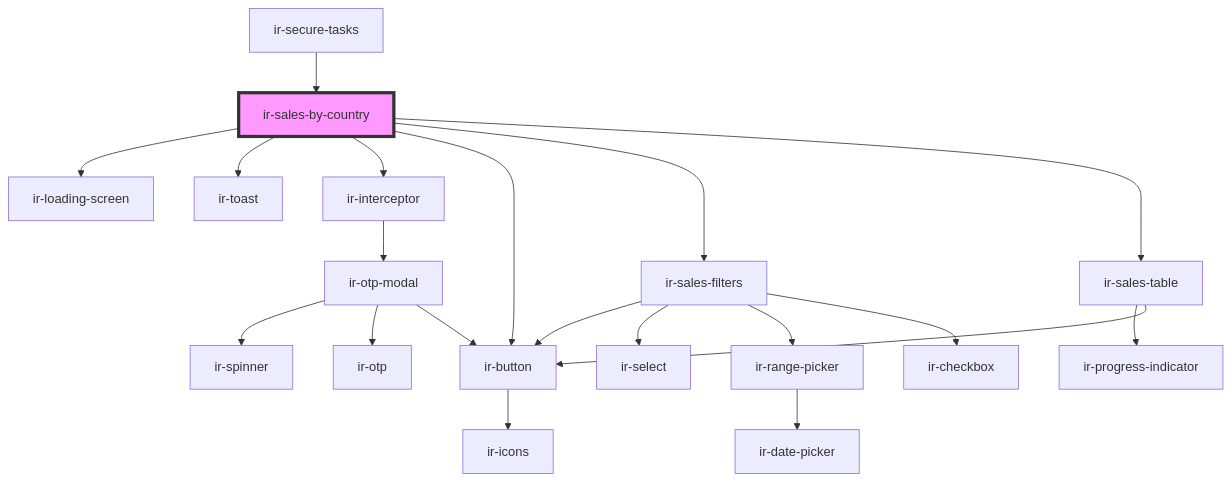
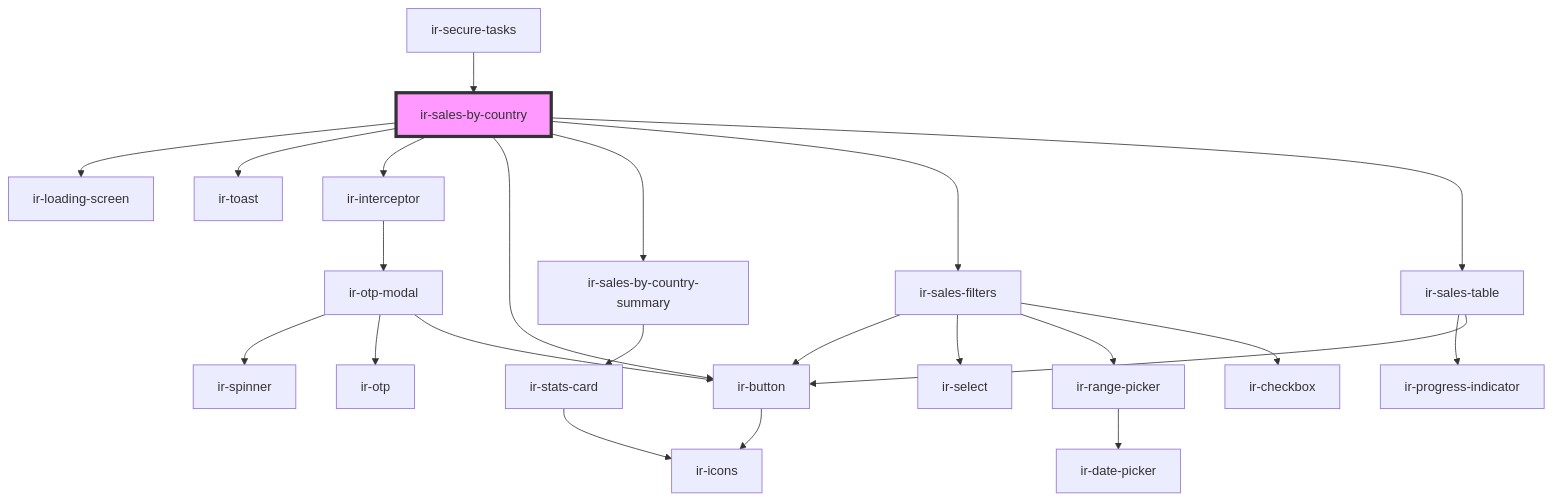
Before and after one commit to David1Chowaifaty/modified-ir-webcmp: the diagram in src/components/ir-sales-by-country/readme.md, drawn with Mermaid. The commit also changed other lines of this file and 50 other files, not shown here.

````diff
--- a/src/components/ir-sales-by-country/readme.md
+++ b/src/components/ir-sales-by-country/readme.md
@@ -34,23 +35,26 @@
 ```mermaid
 graph TD;
   ir-sales-by-country --> ir-loading-screen
   ir-sales-by-country --> ir-toast
   ir-sales-by-country --> ir-interceptor
   ir-sales-by-country --> ir-button
+  ir-sales-by-country --> ir-sales-by-country-summary
   ir-sales-by-country --> ir-sales-filters
   ir-sales-by-country --> ir-sales-table
   ir-interceptor --> ir-otp-modal
   ir-otp-modal --> ir-spinner
   ir-otp-modal --> ir-otp
   ir-otp-modal --> ir-button
   ir-button --> ir-icons
+  ir-sales-by-country-summary --> ir-stats-card
+  ir-stats-card --> ir-icons
   ir-sales-filters --> ir-button
   ir-sales-filters --> ir-select
   ir-sales-filters --> ir-range-picker
   ir-sales-filters --> ir-checkbox
   ir-range-picker --> ir-date-picker
   ir-sales-table --> ir-progress-indicator
   ir-sales-table --> ir-button
   ir-secure-tasks --> ir-sales-by-country
   style ir-sales-by-country fill:#f9f,stroke:#333,stroke-width:4px
 ```
````
